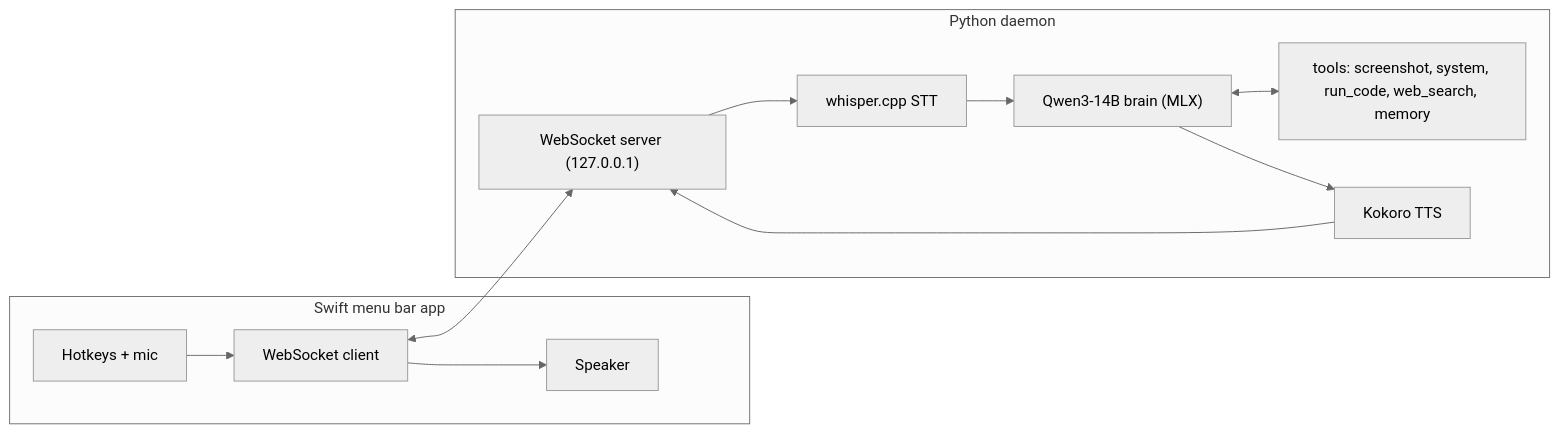
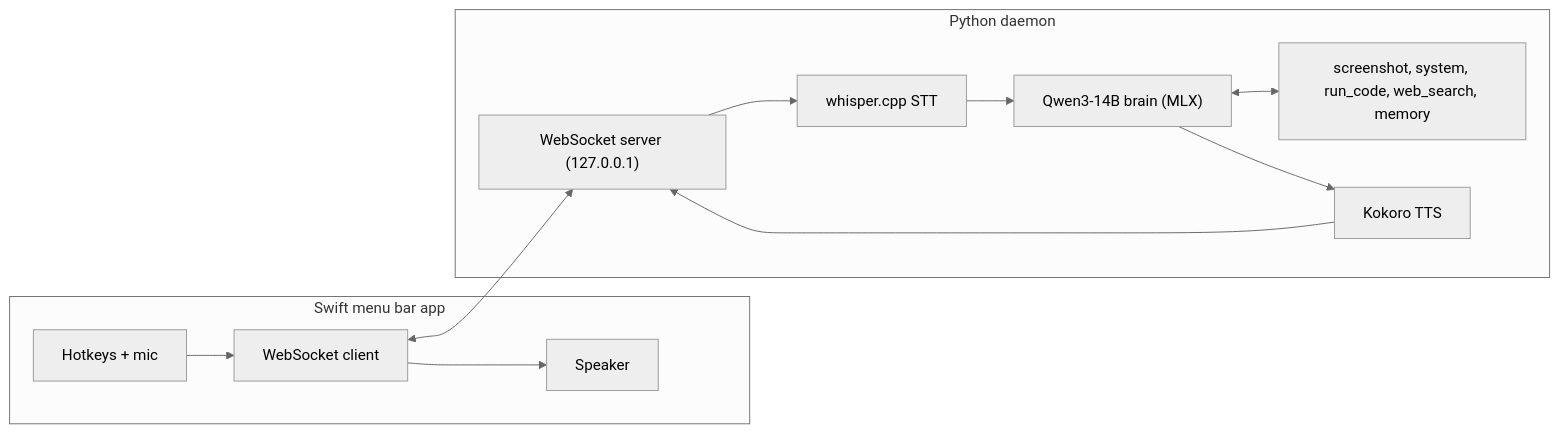
The diagram in README.md (rohanramachandran/friday), drawn with Mermaid (neutral theme) before and after one commit. The commit also changed other lines of this file and 3 other files, not shown here.

Commit message:
Redesign README with banner, throughput chart, and motivation

````diff
--- a/README.md
+++ b/README.md
@@ -20,15 +38,15 @@
 ```mermaid
 flowchart LR
     subgraph app["Swift menu bar app"]
         HK["Hotkeys + mic"] --> WSC["WebSocket client"]
         WSC --> SPK["Speaker"]
     end
     WSC <--> WSS["WebSocket server (127.0.0.1)"]
     subgraph daemon["Python daemon"]
         WSS --> STT["whisper.cpp STT"]
         STT --> BRAIN["Qwen3-14B brain (MLX)"]
-        BRAIN <--> TOOLS["tools: screenshot, system, run_code, web_search, memory"]
+        BRAIN <--> TOOLS["screenshot, system, run_code, web_search, memory"]
         BRAIN --> TTS["Kokoro TTS"]
         TTS --> WSS
     end
 ```
````
